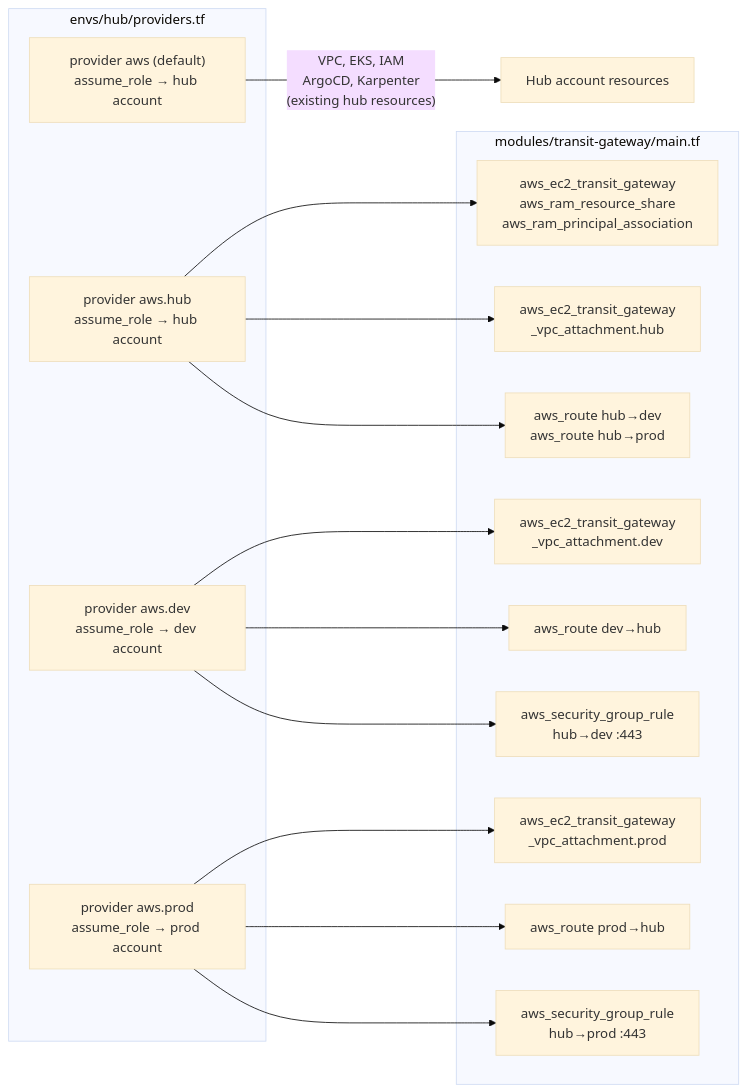
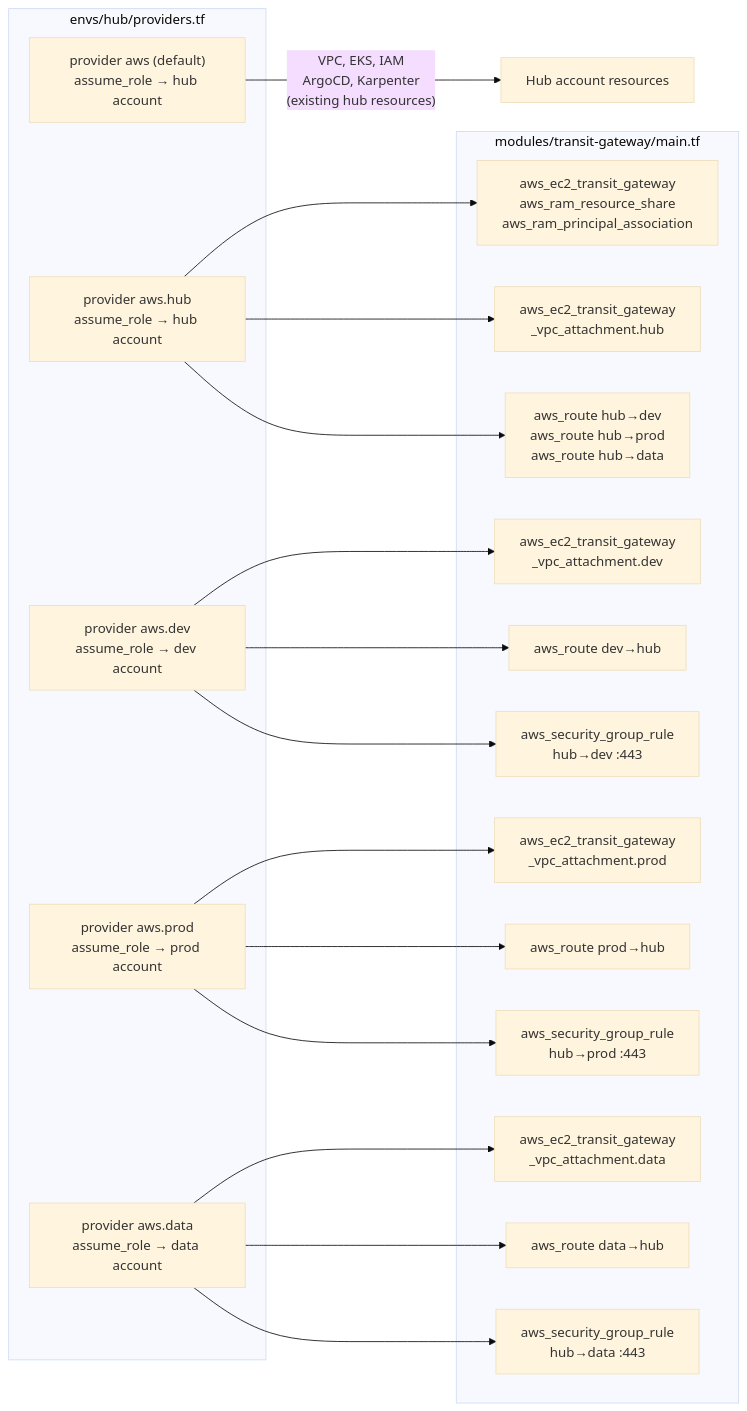
Before and after one commit to paragch/eks-hub-spoke: the third of 13 diagrams in docs/low-level-design.md, drawn with Mermaid (base theme). The commit also changed other lines of this file and 67 other files, not shown here.

First line of the commit message:
feat: add prod-data account with OpenSearch, Aurora, Neptune, and db-writer microservice

````diff
--- a/docs/low-level-design.md
+++ b/docs/low-level-design.md
@@ -103,33 +130,40 @@
 ```mermaid
 graph LR
   subgraph providers["envs/hub/providers.tf"]
     P_DEFAULT["provider aws (default)<br/>assume_role → hub account"]
     P_HUB["provider aws.hub<br/>assume_role → hub account"]
     P_DEV["provider aws.dev<br/>assume_role → dev account"]
     P_PROD["provider aws.prod<br/>assume_role → prod account"]
+    P_DATA["provider aws.data<br/>assume_role → data account"]
   end
 
   subgraph tgw_module["modules/transit-gateway/main.tf"]
     TGW["aws_ec2_transit_gateway<br/>aws_ram_resource_share<br/>aws_ram_principal_association"]
     ATT_HUB["aws_ec2_transit_gateway<br/>_vpc_attachment.hub"]
     ATT_DEV["aws_ec2_transit_gateway<br/>_vpc_attachment.dev"]
     ATT_PROD["aws_ec2_transit_gateway<br/>_vpc_attachment.prod"]
-    RT_HUB["aws_route hub→dev<br/>aws_route hub→prod"]
+    ATT_DATA["aws_ec2_transit_gateway<br/>_vpc_attachment.data"]
+    RT_HUB["aws_route hub→dev<br/>aws_route hub→prod<br/>aws_route hub→data"]
     RT_DEV["aws_route dev→hub"]
     RT_PROD["aws_route prod→hub"]
+    RT_DATA["aws_route data→hub"]
     SG_DEV["aws_security_group_rule<br/>hub→dev :443"]
     SG_PROD["aws_security_group_rule<br/>hub→prod :443"]
+    SG_DATA["aws_security_group_rule<br/>hub→data :443"]
   end
 
   P_HUB  --> TGW
   P_HUB  --> ATT_HUB
   P_HUB  --> RT_HUB
   P_DEV  --> ATT_DEV
   P_DEV  --> RT_DEV
   P_DEV  --> SG_DEV
   P_PROD --> ATT_PROD
   P_PROD --> RT_PROD
   P_PROD --> SG_PROD
+  P_DATA --> ATT_DATA
+  P_DATA --> RT_DATA
+  P_DATA --> SG_DATA
 
   P_DEFAULT -->|"VPC, EKS, IAM<br/>ArgoCD, Karpenter<br/>(existing hub resources)"| hub_res["Hub account resources"]
 ```
````
